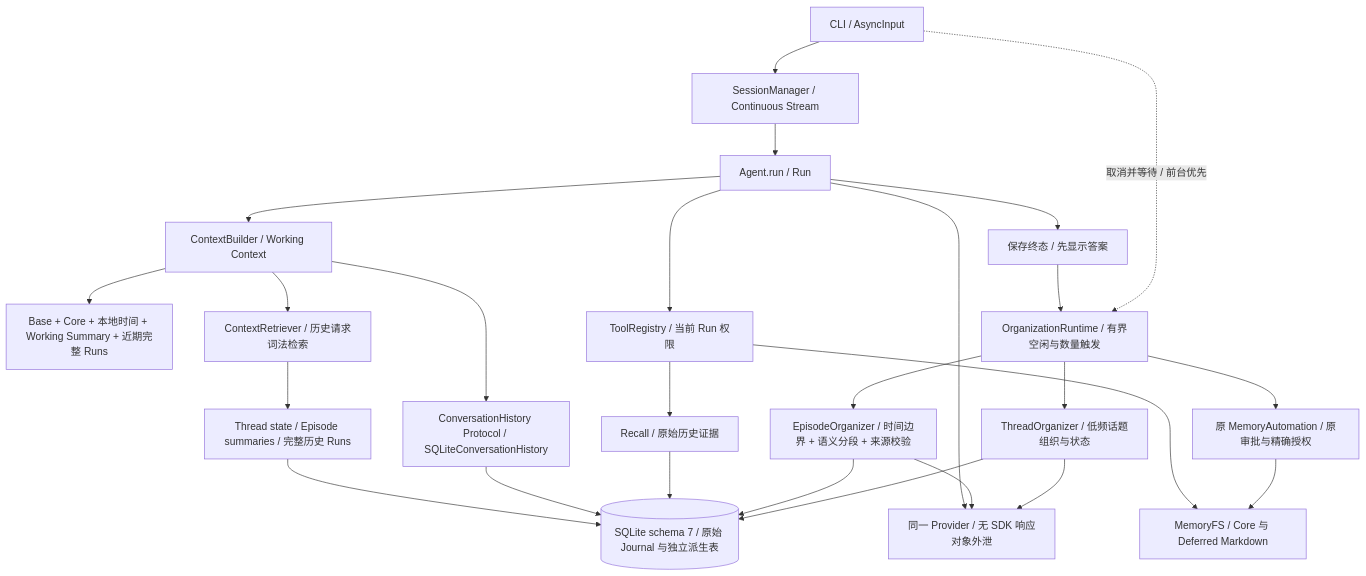
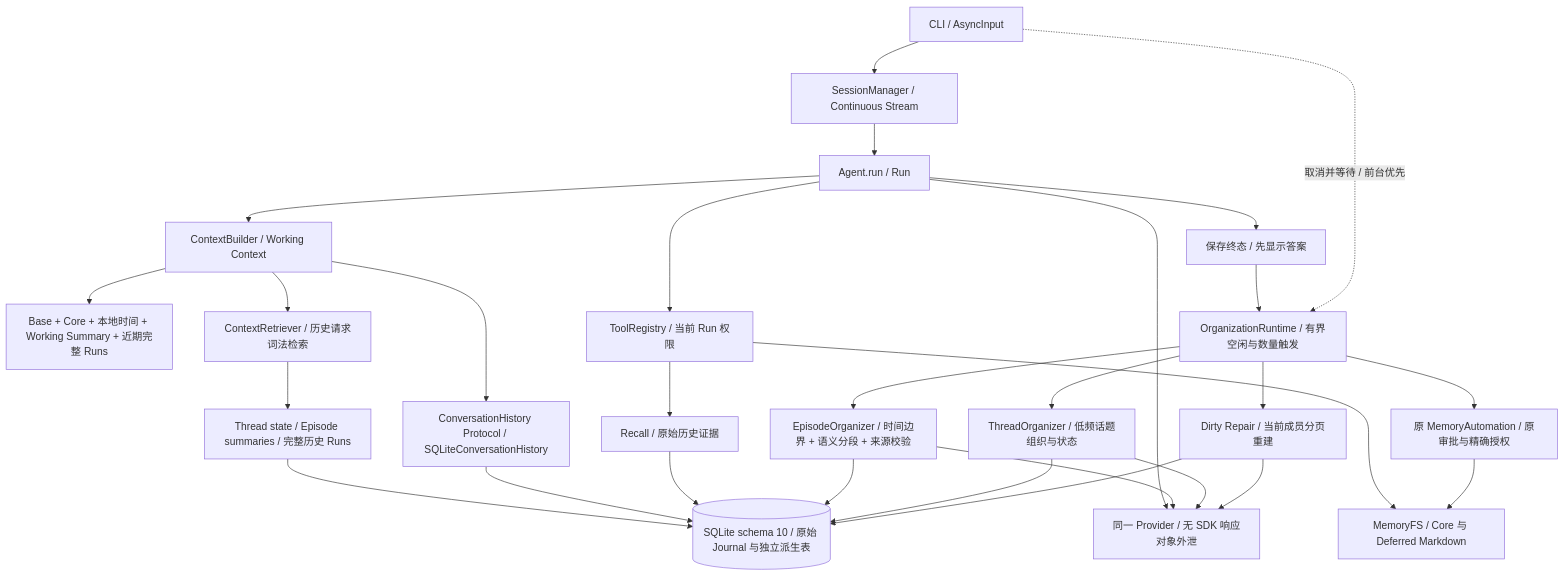
The first of 7 diagrams in docs/architecture.md (KindofCrazy/heybuddy), drawn with Mermaid before and after one commit. The commit also changed other lines of this file and 12 other files, not shown here.

````diff
--- a/docs/architecture.md
+++ b/docs/architecture.md
@@ -7,28 +7,31 @@
 ```mermaid
 flowchart TD
     Input["CLI / AsyncInput"] --> Stream["SessionManager / Continuous Stream"]
     Stream --> Run["Agent.run / Run"]
     Run --> Context["ContextBuilder / Working Context"]
     Context --> Base["Base + Core + 本地时间 + Working Summary + 近期完整 Runs"]
     Context --> Retrieval["ContextRetriever / 历史请求词法检索"]
     Retrieval --> Topics["Thread state / Episode summaries / 完整历史 Runs"]
-    Topics --> DB[("SQLite schema 7 / 原始 Journal 与独立派生表")]
+    Topics --> DB[("SQLite schema 10 / 原始 Journal 与独立派生表")]
     Context --> History["ConversationHistory Protocol / SQLiteConversationHistory"]
     History --> DB
     Run --> Provider["同一 Provider / 无 SDK 响应对象外泄"]
     Run --> Tools["ToolRegistry / 当前 Run 权限"]
     Tools --> Recall["Recall / 原始历史证据"]
     Recall --> DB
     Tools --> Memory["MemoryFS / Core 与 Deferred Markdown"]
     Run --> Answer["保存终态 / 先显示答案"]
     Answer --> Hook["OrganizationRuntime / 有界空闲与数量触发"]
     Input -. "取消并等待 / 前台优先" .-> Hook
     Hook --> Automation["原 MemoryAutomation / 原审批与精确授权"]
     Automation --> Memory
     Hook --> Episode["EpisodeOrganizer / 时间边界 + 语义分段 + 来源校验"]
     Episode --> DB
     Hook --> Thread["ThreadOrganizer / 低频话题组织与状态"]
     Thread --> DB
     Episode --> Provider
     Thread --> Provider
+    Hook --> Repair["Dirty Repair / 当前成员分页重建"]
+    Repair --> DB
+    Repair --> Provider
 ```
````
